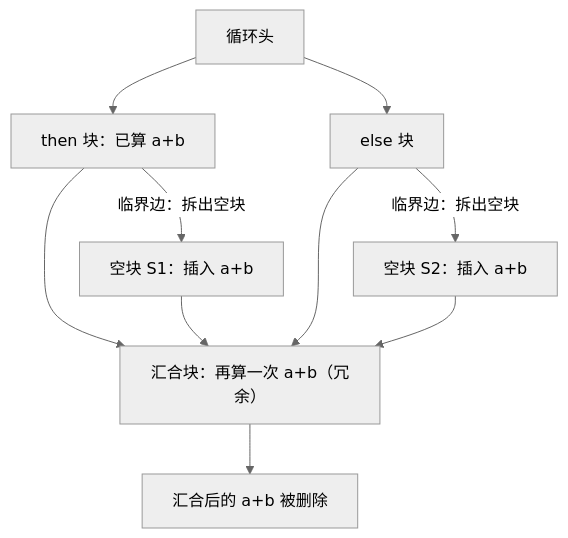
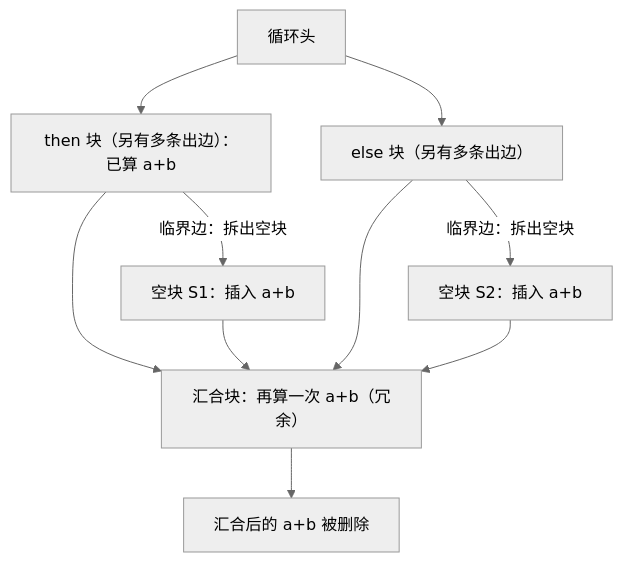
Before and after one commit to xhongduo-tech/xhongduo-tech.github.io: the second of 2 diagrams in docs/cs/partial-redundancy-elim.md, drawn with Mermaid (neutral theme). The commit also changed other lines of this file and 8 other files, not shown here.

````diff
--- a/docs/cs/partial-redundancy-elim.md
+++ b/docs/cs/partial-redundancy-elim.md
@@ -53,12 +53,12 @@
 ```mermaid
 flowchart TD
-  H["循环头"] --> T["then 块：已算 a+b"]
-  H --> E["else 块"]
+  H["循环头"] --> T["then 块（另有多条出边）：已算 a+b"]
+  H --> E["else 块（另有多条出边）"]
   T --> J["汇合块：再算一次 a+b（冗余）"]
   E --> J
   T -- "临界边：拆出空块" --> S1["空块 S1：插入 a+b"]
   E -- "临界边：拆出空块" --> S2["空块 S2：插入 a+b"]
   S1 --> J
   S2 --> J
   J --> D["汇合后的 a+b 被删除"]
 ```
````
